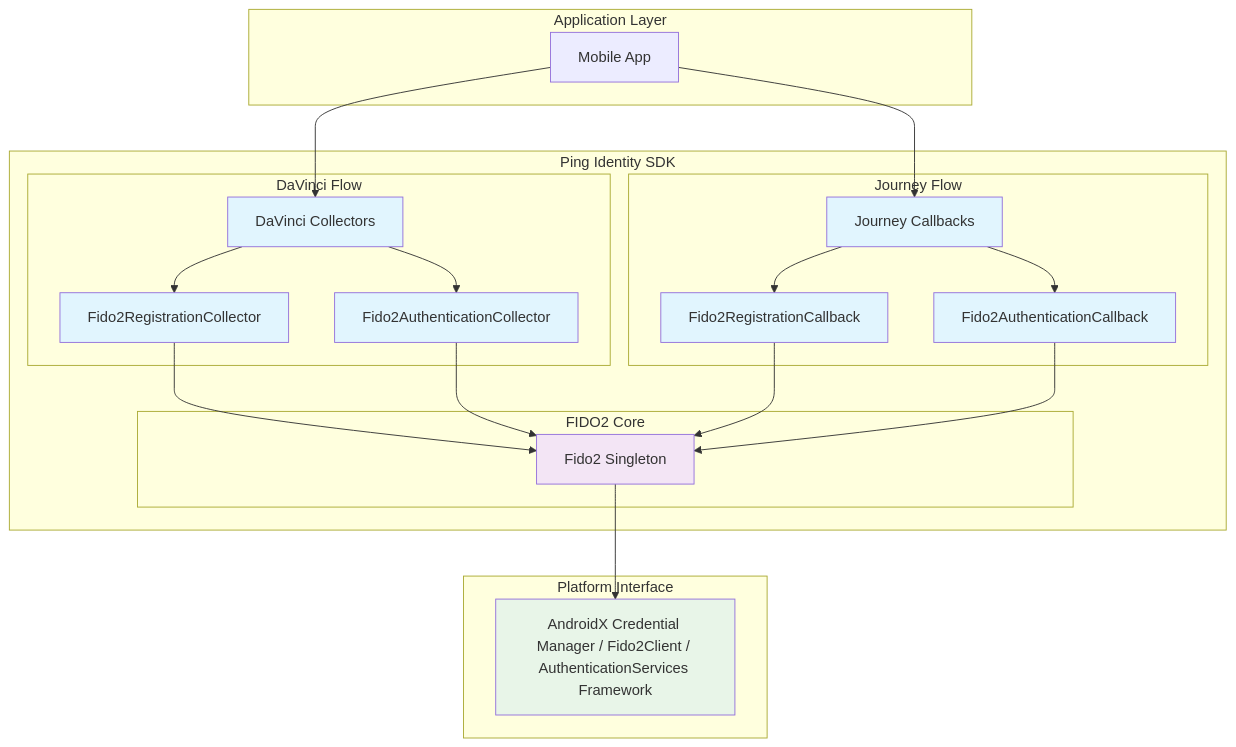
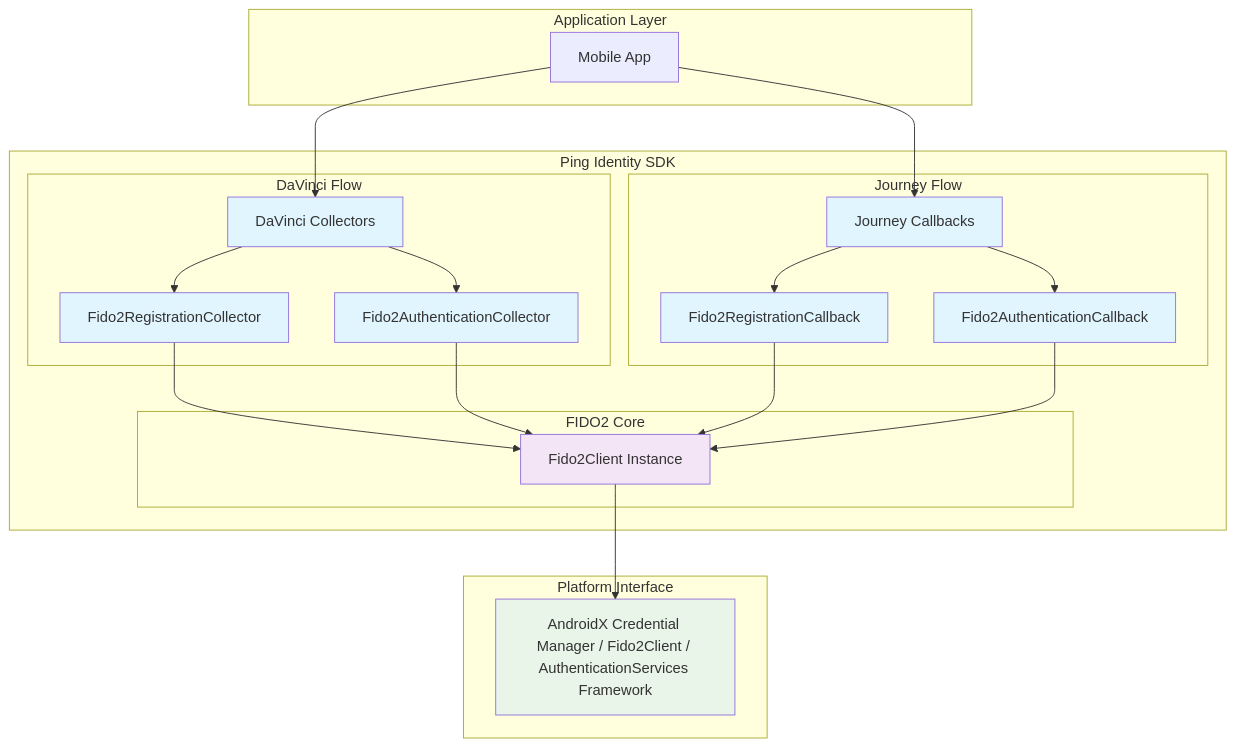
The first of 2 diagrams in mfa/fido2/CONCEPT.md (ForgeRock/ping-android-sdk), drawn with Mermaid before and after one commit. The commit also changed other lines of this file and 29 other files, not shown here.

````diff
--- a/mfa/fido2/CONCEPT.md
+++ b/mfa/fido2/CONCEPT.md
@@ -19,54 +24,54 @@
 ```mermaid
 graph TB
   subgraph "Application Layer"
     App[Mobile App]
   end
 
   subgraph "Ping Identity SDK"
     subgraph "DaVinci Flow"
       DVC[DaVinci Collectors]
       Fido2RegCol[Fido2RegistrationCollector]
       Fido2AuthCol[Fido2AuthenticationCollector]
     end
 
     subgraph "Journey Flow"
       JC[Journey Callbacks]
       Fido2RegCB[Fido2RegistrationCallback]
       Fido2AuthCB[Fido2AuthenticationCallback]
     end
 
     subgraph "FIDO2 Core"
-      Fido2Singleton[Fido2 Singleton]
+      Fido2Client[Fido2Client Instance]
     end
   end
 
   subgraph "Platform Interface"
     CredMgr[AndroidX Credential Manager / Fido2Client / AuthenticationServices Framework]
   end
 
 %% Dependencies
   App --> DVC
   App --> JC
   DVC --> Fido2RegCol
   DVC --> Fido2AuthCol
   JC --> Fido2RegCB
   JC --> Fido2AuthCB
 
-  Fido2RegCol --> Fido2Singleton
-  Fido2AuthCol --> Fido2Singleton
-  Fido2RegCB --> Fido2Singleton
-  Fido2AuthCB --> Fido2Singleton
+  Fido2RegCol --> Fido2Client
+  Fido2AuthCol --> Fido2Client
+  Fido2RegCB --> Fido2Client
+  Fido2AuthCB --> Fido2Client
 
-  Fido2Singleton --> CredMgr
+  Fido2Client --> CredMgr
 
 %% Styling
   classDef pingSDK fill:#e1f5fe
   classDef core fill:#f3e5f5
   classDef android fill:#e8f5e8
   classDef server fill:#fff3e0
 
   class DVC,JC,Fido2RegCol,Fido2AuthCol,Fido2RegCB,Fido2AuthCB pingSDK
-  class Fido2Singleton,Transform core
+  class Fido2Client,Transform core
   class CredMgr,External android
   class Server,RP server
 ```
````
